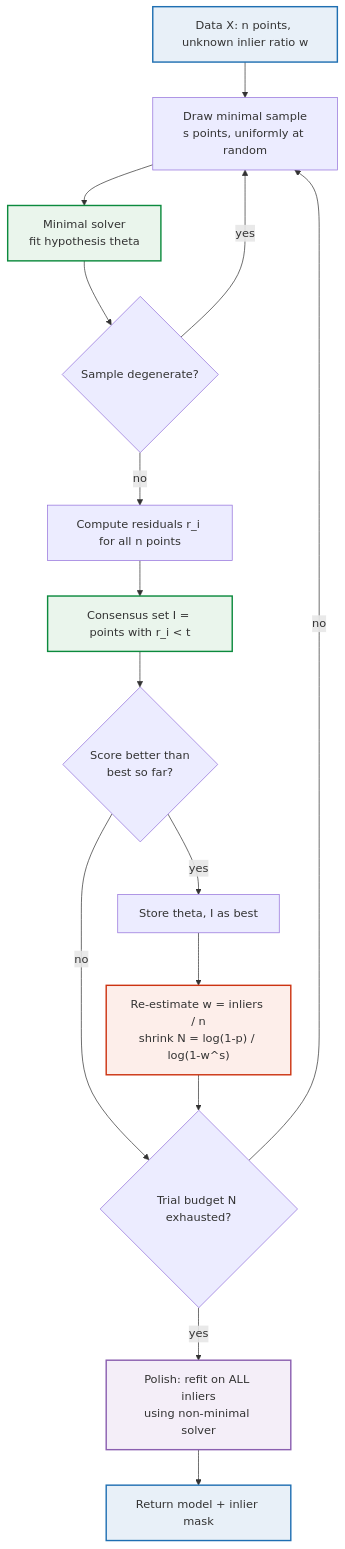
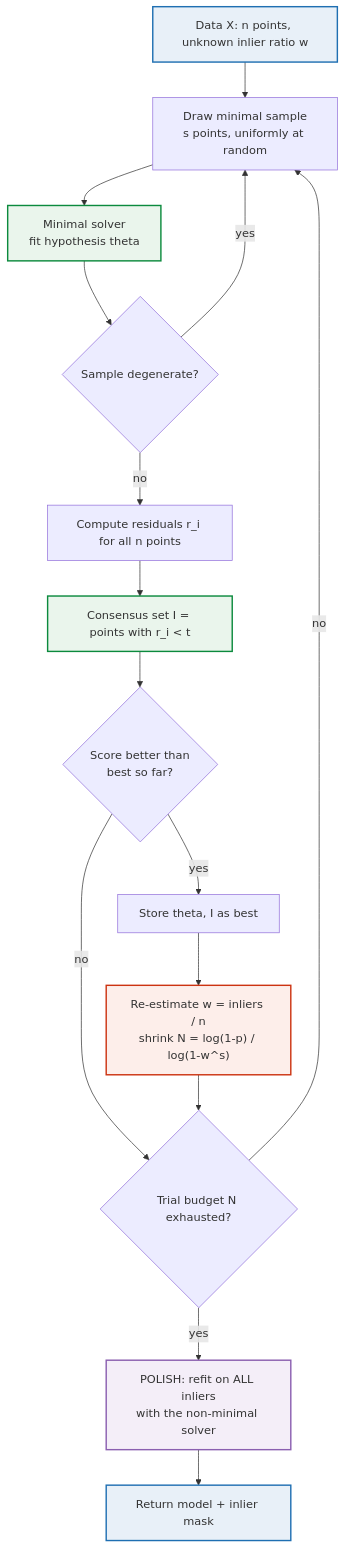
Before and after one commit to Ezharjan/RANSAC: the first of 3 diagrams in RANSAC_Tutorial.md, drawn with Mermaid. The commit also changed other lines of this file and 15 other files, not shown here.

````diff
--- a/RANSAC_Tutorial.md
+++ b/RANSAC_Tutorial.md
@@ -228,24 +232,24 @@
 ```mermaid
 flowchart TD
     A["Data X: n points, unknown inlier ratio w"] --> B["Draw minimal sample<br/>s points, uniformly at random"]
     B --> C["Minimal solver<br/>fit hypothesis theta"]
     C --> D{"Sample degenerate?"}
     D -- yes --> B
     D -- no --> E["Compute residuals r_i for all n points"]
     E --> F["Consensus set I = points with r_i < t"]
     F --> G{"Score better than<br/>best so far?"}
     G -- no --> J{"Trial budget N exhausted?"}
     G -- yes --> H["Store theta, I as best"]
     H --> I["Re-estimate w = inliers / n<br/>shrink N = log(1-p) / log(1-w^s)"]
     I --> J
     J -- no --> B
-    J -- yes --> K["Polish: refit on ALL inliers<br/>using non-minimal solver"]
+    J -- yes --> K["POLISH: refit on ALL inliers<br/>with the non-minimal solver"]
     K --> L["Return model + inlier mask"]
 
     style A fill:#e8f0f8,stroke:#1f6fb2,stroke-width:2px
     style C fill:#eaf5ec,stroke:#0b8a3d,stroke-width:2px
     style F fill:#eaf5ec,stroke:#0b8a3d,stroke-width:2px
     style I fill:#fdeeea,stroke:#cc3311,stroke-width:2px
     style K fill:#f4eef8,stroke:#8a5fb0,stroke-width:2px
     style L fill:#e8f0f8,stroke:#1f6fb2,stroke-width:2px
 ```
````
